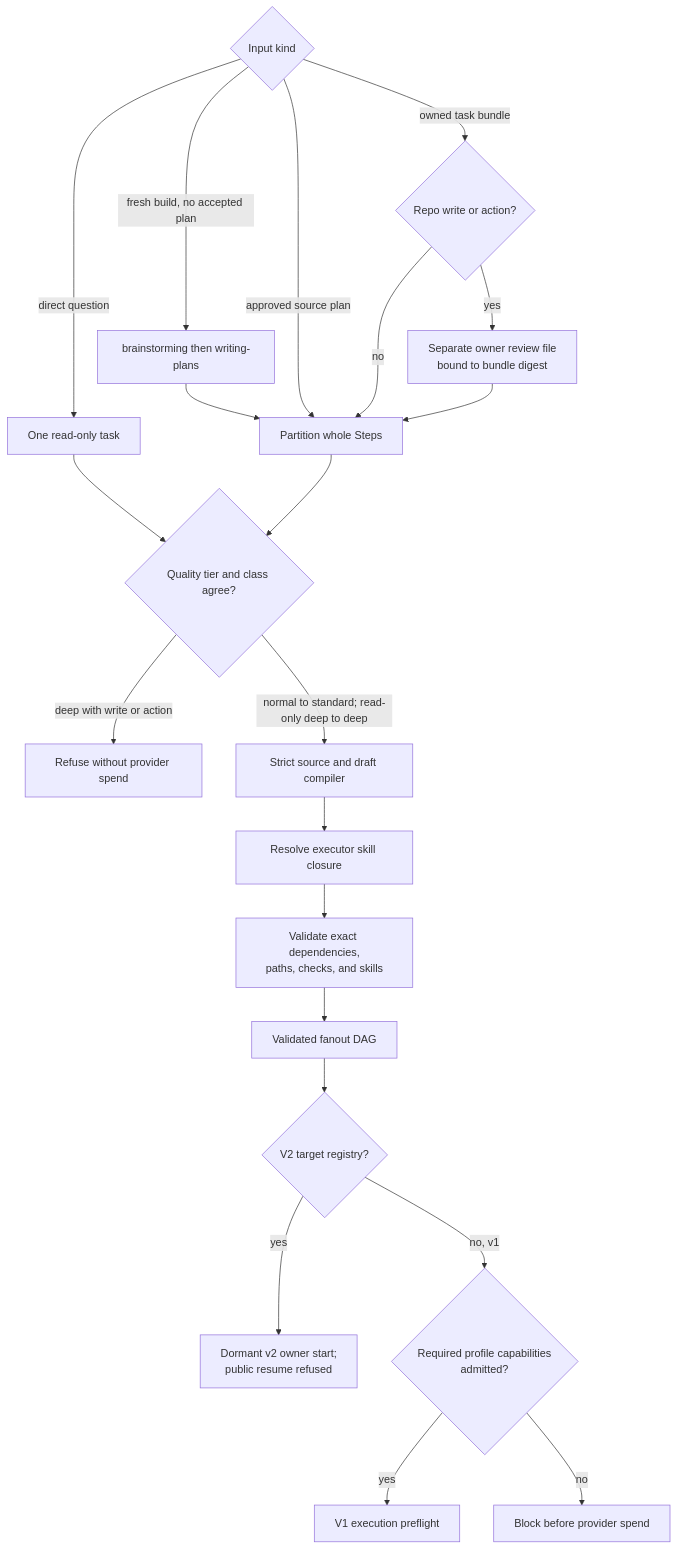
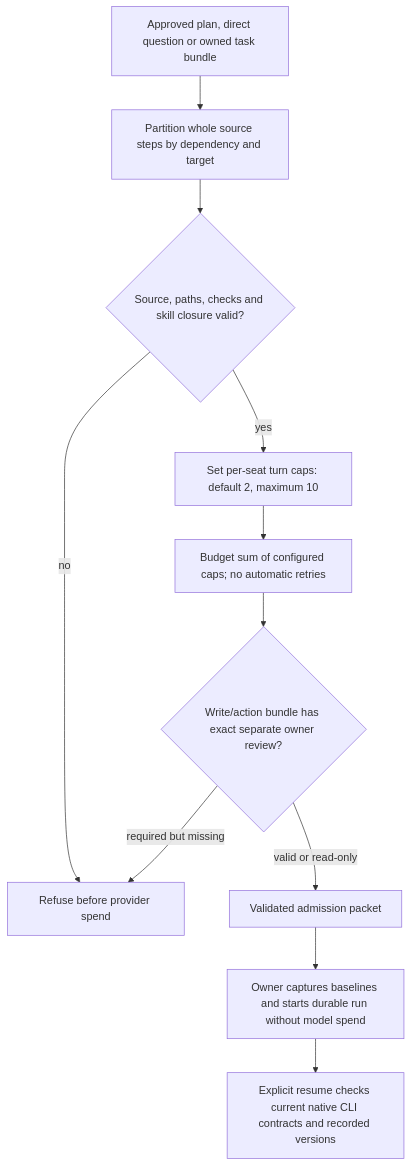
Before and after one commit to khenrix/khenrix-utils: the diagram in docs/skill-charts/llm-fanout-plan.md, drawn with Mermaid. The commit also changed other lines of this file and 459 other files, not shown here.

Commit message:
Replace retired fanout engines with durable native sessions

````diff
--- a/docs/skill-charts/llm-fanout-plan.md
+++ b/docs/skill-charts/llm-fanout-plan.md
@@ -5,26 +5,15 @@
 ```mermaid
 flowchart TD
-    accTitle: llm-fanout-plan admission and compilation
-    accDescr: Direct questions, approved plans, and task bundles enter through distinct admission gates before strict source compilation and skill resolution.
-
-    IN{Input kind} -->|direct question| Q[One read-only task]
-    IN -->|fresh build, no accepted plan| SP[brainstorming then writing-plans]
-    SP --> P
-    IN -->|approved source plan| P[Partition whole Steps]
-    IN -->|owned task bundle| B{Repo write or action?}
-    B -->|yes| R[Separate owner review file<br/>bound to bundle digest]
-    B -->|no| P
-    R --> P
-    Q --> T{Quality tier and class agree?}
-    P --> T
-    T -->|deep with write or action| STOP[Refuse without provider spend]
-    T -->|normal to standard; read-only deep to deep| C[Strict source and draft compiler]
-    C --> S[Resolve executor skill closure]
-    S --> V[Validate exact dependencies,<br/>paths, checks, and skills]
-    V --> D[Validated fanout DAG]
-    D --> G_V2_START{V2 target registry?}
-    G_V2_START -->|yes| DORMANT[Dormant v2 owner start;<br/>public resume refused]
-    G_V2_START -->|no, v1| E{Required profile capabilities<br/>admitted?}
-    E -->|yes| RUN[V1 execution preflight]
-    E -->|no| BLOCK[Block before provider spend]
+    accTitle: Native fanout planning
+    accDescr: Accepted work is partitioned by dependencies and repository ownership before configured native seats are admitted.
+    INPUT[Approved plan, direct question or owned task bundle] --> DAG[Partition whole source steps by dependency and target]
+    DAG --> G_COMPILE{Source, paths, checks and skill closure valid?}
+    G_COMPILE -->|no| STOP[Refuse before provider spend]
+    G_COMPILE -->|yes| CAPS[Set per-seat turn caps: default 2, maximum 10]
+    CAPS --> BUDGET[Budget sum of configured caps; no automatic retries]
+    BUDGET --> G_REVIEW{Write/action bundle has exact separate owner review?}
+    G_REVIEW -->|required but missing| STOP
+    G_REVIEW -->|valid or read-only| PACKET[Validated admission packet]
+    PACKET --> START[Owner captures baselines and starts durable run without model spend]
+    START --> RESUME[Explicit resume checks current native CLI contracts and recorded versions]
 ```
````
